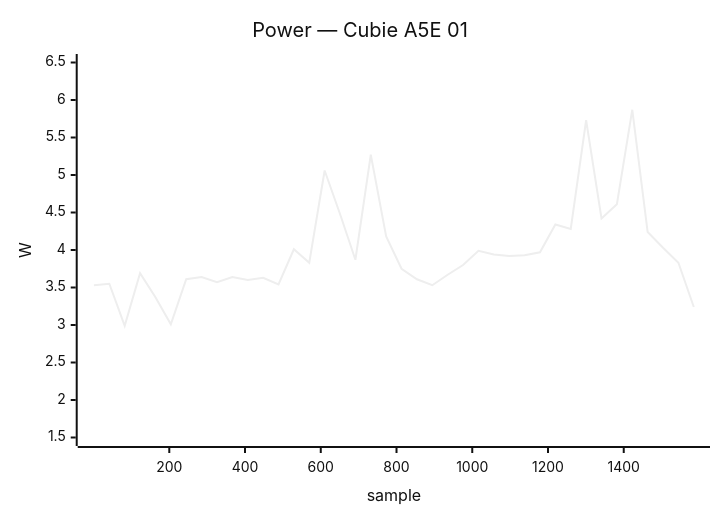
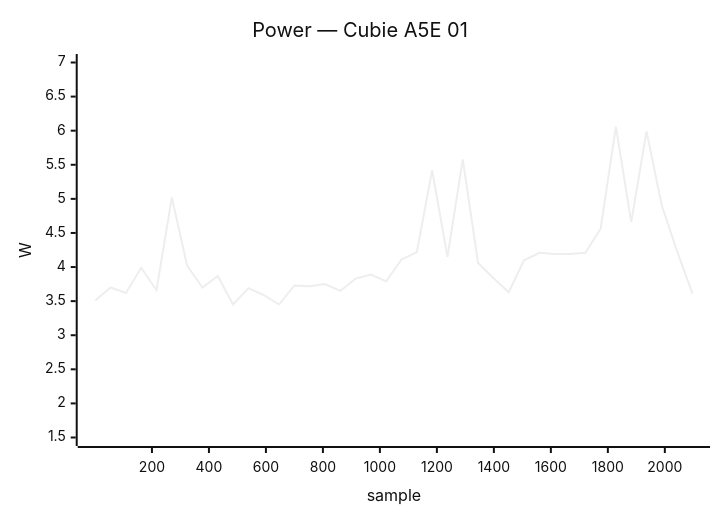
One commit to armbian/documentation changed diagram 11 of 41 in docs/status/board-tests.md. Above: the diagram before and after it, drawn with Mermaid (neutral theme). The commit also changed other lines of this file, not shown here.

````diff
--- a/docs/status/board-tests.md
+++ b/docs/status/board-tests.md
@@ -536,7 +464,7 @@
 ```mermaid
 xychart-beta
     title "Power — Cubie A5E 01"
-    x-axis "sample" 1 --> 1585
-    y-axis "W" 1.5 --> 6.5
-    line [3.53, 3.55, 2.99, 3.69, 3.37, 3.01, 3.61, 3.64, 3.57, 3.64, 3.60, 3.63, 3.54, 4.01, 3.83, 5.06, 4.48, 3.87, 5.27, 4.18, 3.75, 3.61, 3.53, 3.67, 3.80, 3.99, 3.94, 3.92, 3.93, 3.97, 4.34, 4.28, 5.73, 4.42, 4.61, 5.87, 4.24, 4.03, 3.83, 3.24]
+    x-axis "sample" 1 --> 2097
+    y-axis "W" 1.5 --> 7.0
+    line [3.51, 3.70, 3.62, 3.99, 3.66, 5.02, 4.02, 3.70, 3.87, 3.45, 3.69, 3.59, 3.45, 3.73, 3.72, 3.75, 3.65, 3.83, 3.89, 3.79, 4.11, 4.22, 5.42, 4.15, 5.58, 4.06, 3.84, 3.63, 4.10, 4.21, 4.19, 4.19, 4.21, 4.56, 6.06, 4.66, 5.99, 4.90, 4.23, 3.61]
 ```
````
